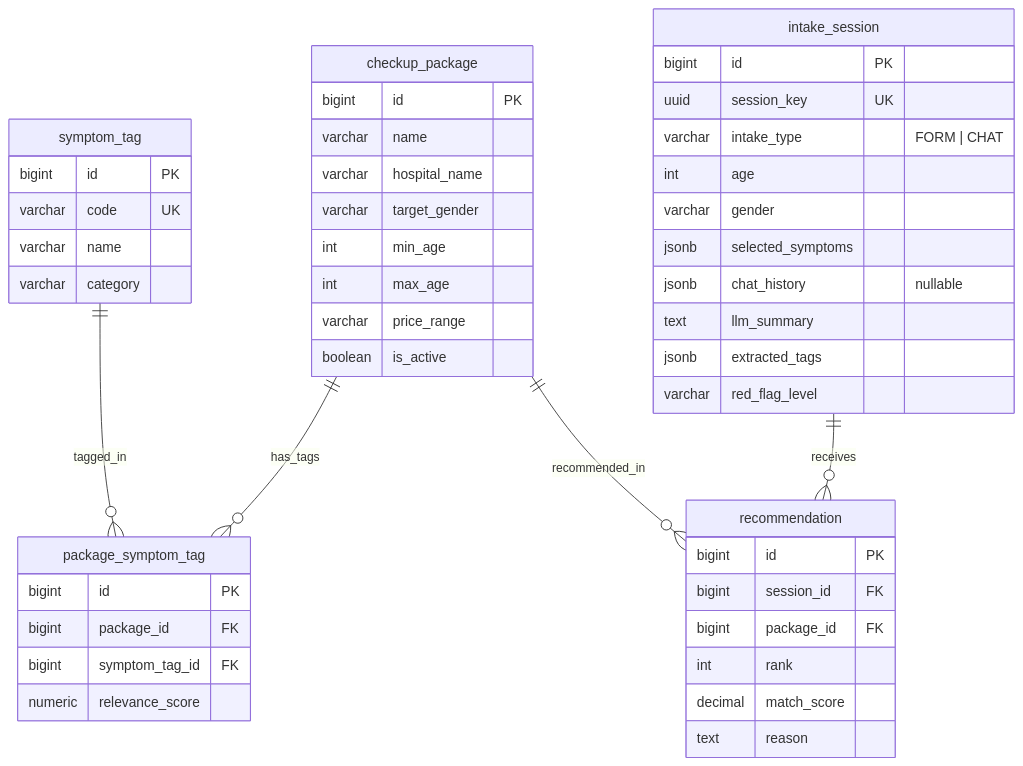
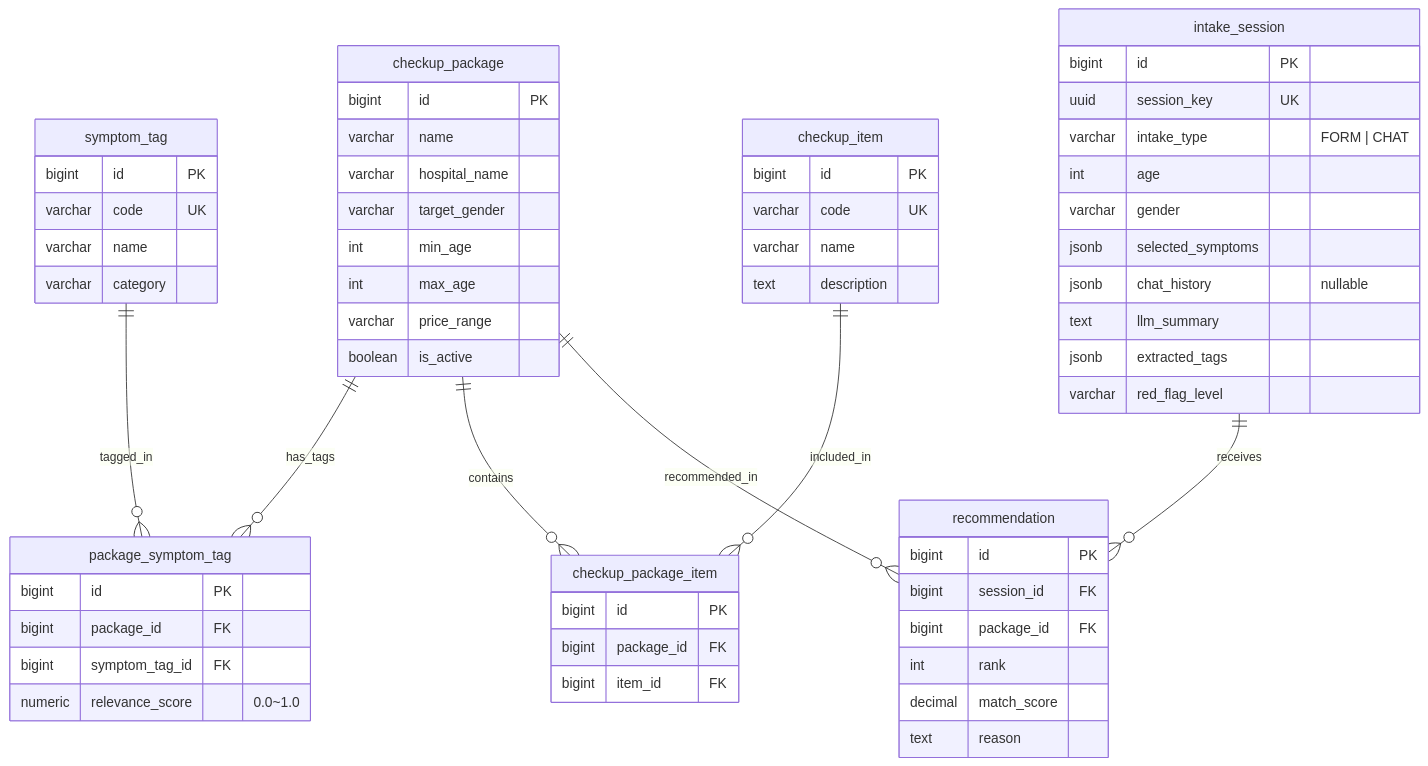
Before and after one commit to Cupcakes33/healthcare: the third of 3 diagrams in README.md, drawn with Mermaid.

Commit message:
docs: README 아키텍처 최신화

````diff
--- a/README.md
+++ b/README.md
@@ -237,54 +237,69 @@
 ```mermaid
 erDiagram
     symptom_tag {
         bigint id PK
         varchar code UK
         varchar name
         varchar category
+    }
+
+    checkup_item {
+        bigint id PK
+        varchar code UK
+        varchar name
+        text description
     }
 
     checkup_package {
         bigint id PK
         varchar name
         varchar hospital_name
         varchar target_gender
         int min_age
         int max_age
         varchar price_range
         boolean is_active
     }
 
+    checkup_package_item {
+        bigint id PK
+        bigint package_id FK
+        bigint item_id FK
+    }
+
     package_symptom_tag {
         bigint id PK
         bigint package_id FK
         bigint symptom_tag_id FK
-        numeric relevance_score
+        numeric relevance_score "0.0~1.0"
     }
 
     intake_session {
         bigint id PK
         uuid session_key UK
         varchar intake_type "FORM | CHAT"
         int age
         varchar gender
         jsonb selected_symptoms
         jsonb chat_history "nullable"
         text llm_summary
         jsonb extracted_tags
         varchar red_flag_level
     }
 
     recommendation {
         bigint id PK
         bigint session_id FK
         bigint package_id FK
         int rank
         decimal match_score
         text reason
     }
 
     symptom_tag ||--o{ package_symptom_tag : tagged_in
     checkup_package ||--o{ package_symptom_tag : has_tags
+    checkup_package ||--o{ checkup_package_item : contains
+    checkup_item ||--o{ checkup_package_item : included_in
     intake_session ||--o{ recommendation : receives
     checkup_package ||--o{ recommendation : recommended_in
 ```
````
